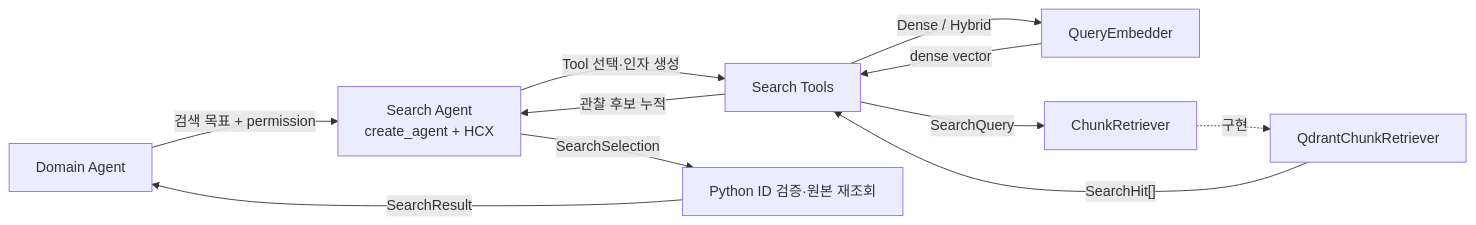
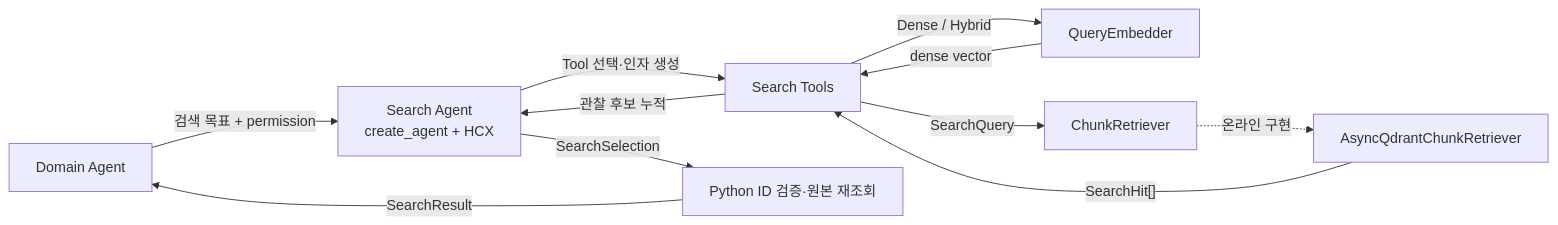
One commit to nayeon653/-ace3 changed the diagram in docs/retrieval/qdrant-search-functions.md. Above: the diagram before and after it, drawn with Mermaid. The commit also changed other lines of this file and 2 other files, not shown here.

Commit message:
docs(retrieval): async Qdrant 검색 계약 반영

````diff
--- a/docs/retrieval/qdrant-search-functions.md
+++ b/docs/retrieval/qdrant-search-functions.md
@@ -50,13 +52,13 @@
 ```mermaid
 flowchart LR
     D["Domain Agent"] -->|"검색 목표 + permission"| S["Search Agent<br/>create_agent + HCX"]
     S -->|"Tool 선택·인자 생성"| T["Search Tools"]
     T -->|"Dense / Hybrid"| E["QueryEmbedder"]
     E -->|"dense vector"| T
     T -->|"SearchQuery"| B["ChunkRetriever"]
-    B -. "구현" .-> Q["QdrantChunkRetriever"]
+    B -. "온라인 구현" .-> Q["AsyncQdrantChunkRetriever"]
     Q -->|"SearchHit[]"| T
     T -->|"관찰 후보 누적"| S
     S -->|"SearchSelection"| V["Python ID 검증·원본 재조회"]
     V -->|"SearchResult"| D
 ```
````
